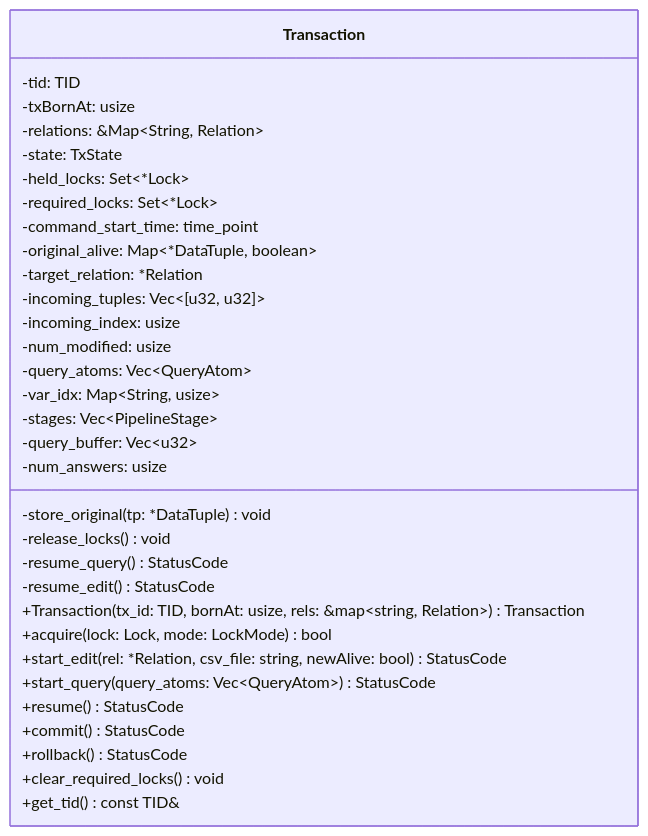
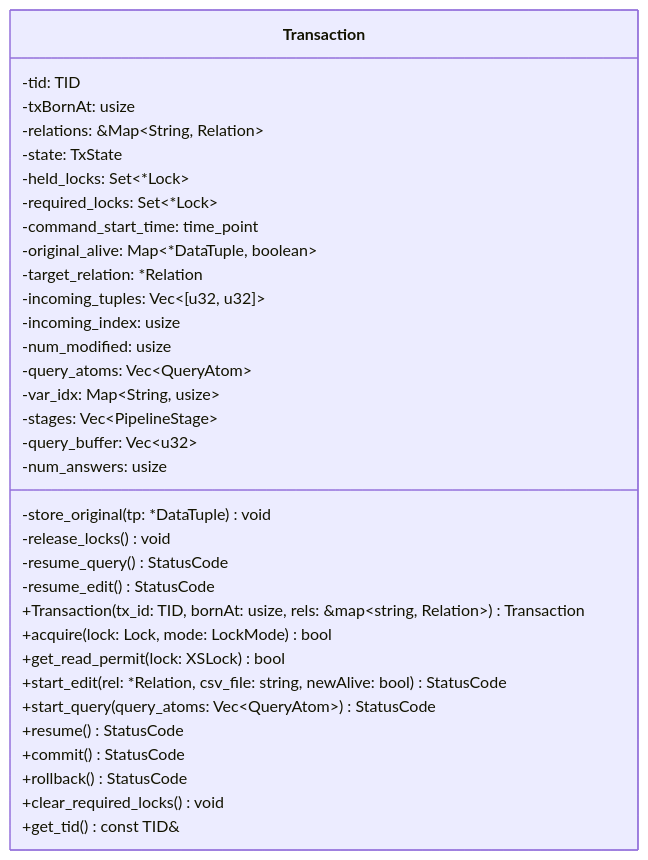
Before and after one commit to BrandonTang89/databases_project: the diagram in docs/img/transaction.mermaid, drawn with Mermaid. The commit also changed other lines of this file and 12 other files, not shown here.

```diff
--- a/docs/img/transaction.mermaid
+++ b/docs/img/transaction.mermaid
@@ -1,36 +1,37 @@
 classDiagram
 
     class Transaction {
       -tid: TID
       -txBornAt: usize
       -relations: &Map~String, Relation~
       -state: TxState
       -held_locks: Set~*Lock~
       -required_locks: Set~*Lock~
       -command_start_time: time_point
       -original_alive: Map~*DataTuple, boolean~
       -target_relation: *Relation
       -incoming_tuples: Vec~[u32, u32]~
       -incoming_index: usize
       -num_modified: usize
       -query_atoms: Vec~QueryAtom~
       -var_idx: Map~String, usize~
       -stages: Vec~PipelineStage~
       -query_buffer: Vec~u32~
       -num_answers: usize
 
       -store_original(tp: *DataTuple) void
       -release_locks() void
       -resume_query() StatusCode
       -resume_edit() StatusCode
 
       +Transaction(tx_id: TID, bornAt: usize, rels: &map~string, Relation~) Transaction
       +acquire(lock: Lock, mode: LockMode) bool
+      +get_read_permit(lock: XSLock) bool
       +start_edit(rel: *Relation, csv_file: string, newAlive: bool) StatusCode
       +start_query(query_atoms: Vec~QueryAtom~) StatusCode
       +resume() StatusCode
       +commit() StatusCode
       +rollback() StatusCode
       +clear_required_locks() void
       +get_tid() const TID&
     }
```
